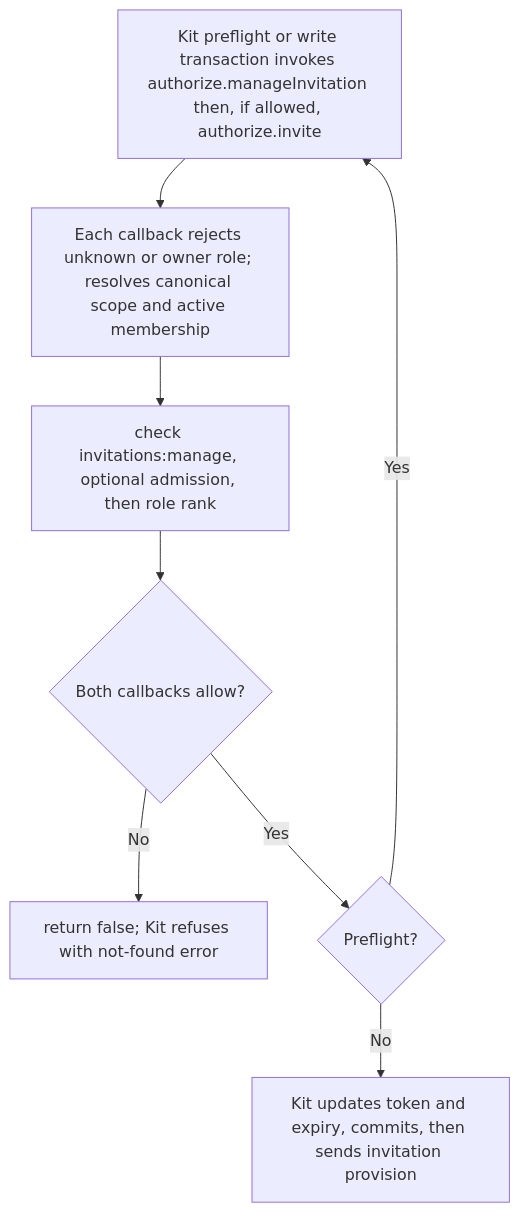
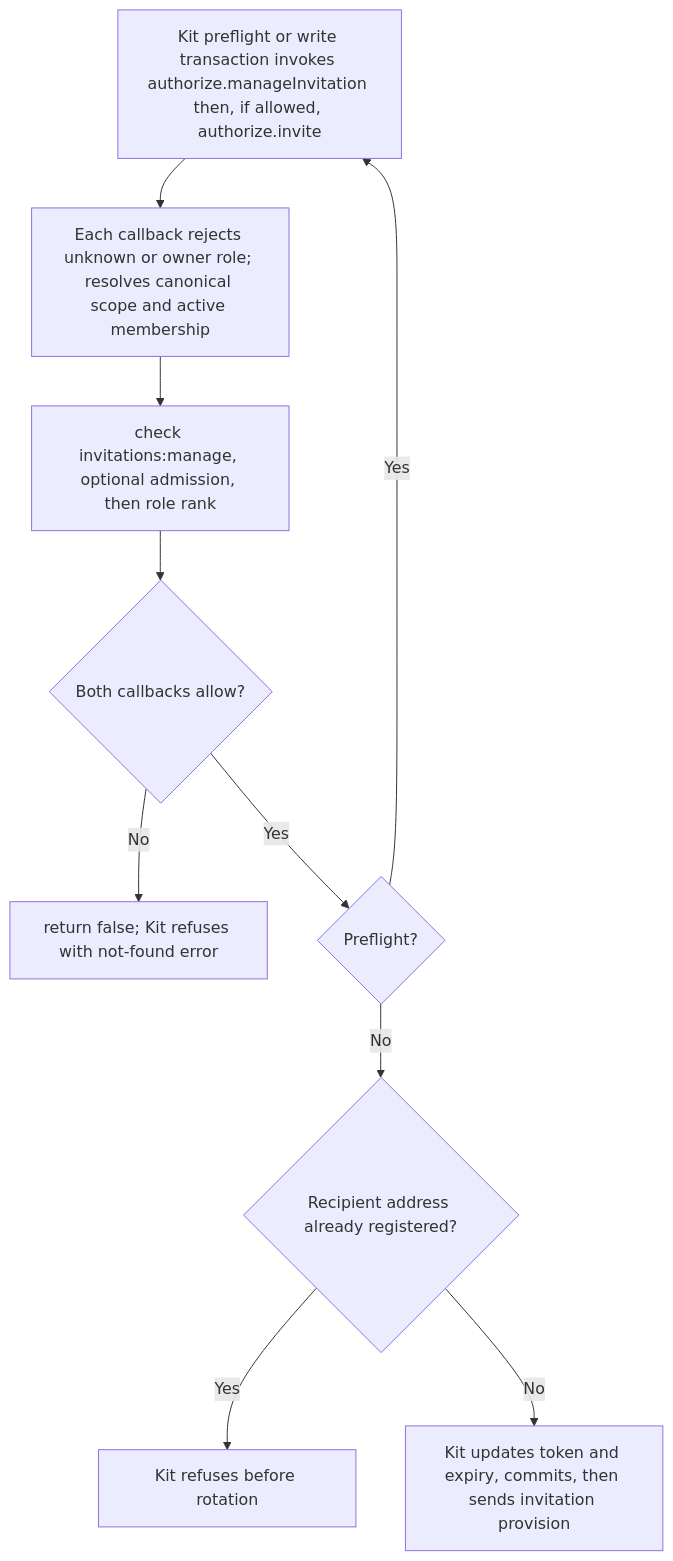
One commit to Kevinjohn/oss-adonisjs-access-control changed the second of 2 diagrams in user-stories/US-ACCESS-23-resend-invitation.md. Above: the diagram before and after it, drawn with Mermaid. The commit also changed other lines of this file and 25 other files, not shown here.

````diff
--- a/user-stories/US-ACCESS-23-resend-invitation.md
+++ b/user-stories/US-ACCESS-23-resend-invitation.md
@@ -32,10 +33,12 @@
 ```mermaid
 flowchart TD
     A["Kit preflight or write transaction invokes authorize.manageInvitation then, if allowed, authorize.invite"] --> B["Each callback rejects unknown or owner role; resolves canonical scope and active membership"]
     B --> C["check invitations:manage, optional admission, then role rank"]
     C --> D{"Both callbacks allow?"}
     D -->|No| E["return false; Kit refuses with not-found error"]
     D -->|Yes| P{"Preflight?"}
     P -->|Yes| A
-    P -->|No| F["Kit updates token and expiry, commits, then sends invitation provision"]
+    P -->|No| R{"Recipient address already registered?"}
+    R -->|Yes| X["Kit refuses before rotation"]
+    R -->|No| F["Kit updates token and expiry, commits, then sends invitation provision"]
 ```
````
